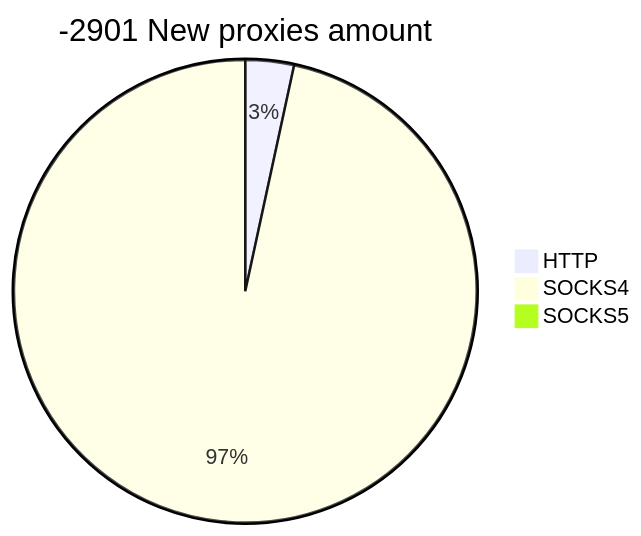
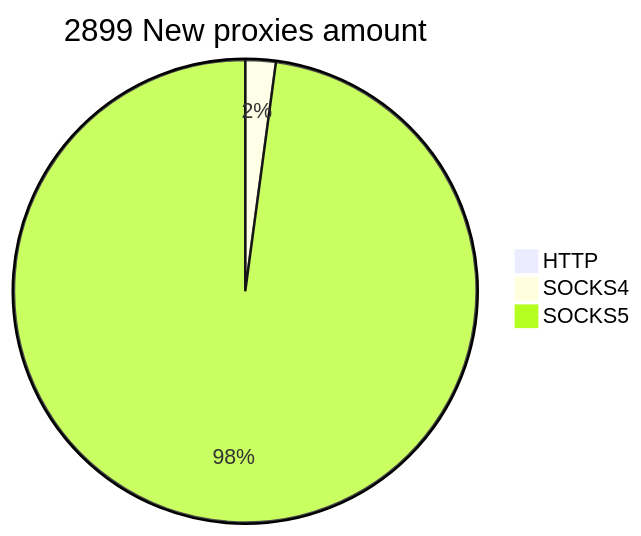
One commit to cutipu/proxylist changed the second of 2 diagrams in README.md. Above: the diagram before and after it, drawn with Mermaid. The commit also changed other lines of this file, not shown here.

````diff
--- a/README.md
+++ b/README.md
@@ -10,6 +10,6 @@
 ```mermaid
-pie title -2901 New proxies amount
-    "HTTP" : 2
-    "SOCKS4" : 57
-    "SOCKS5" : 0
+pie title 2899 New proxies amount
+    "HTTP" : 0
+    "SOCKS4" : 64
+    "SOCKS5" : 2952
 ```
````
